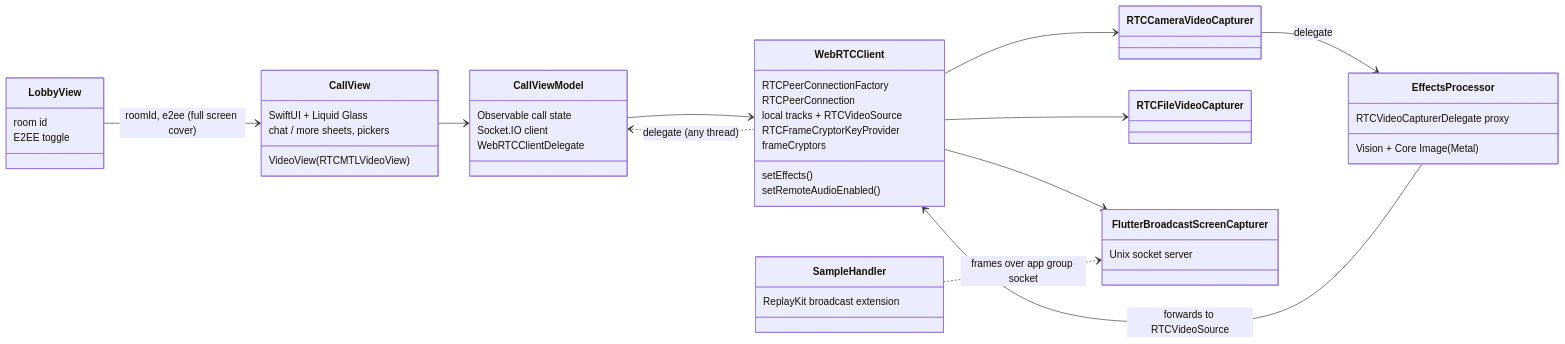
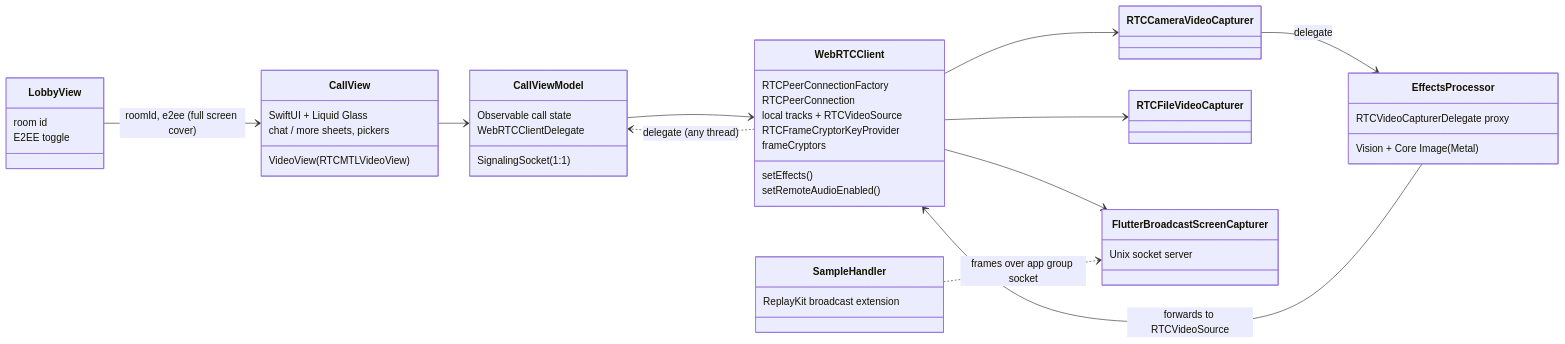
The ninth of 24 diagrams in ARCHITECTURE.md (maitrungduc1410/WebRTC-Demo), drawn with Mermaid before and after one commit. The commit also changed other lines of this file and 111 other files, not shown here.

````diff
--- a/ARCHITECTURE.md
+++ b/ARCHITECTURE.md
@@ -454,50 +472,50 @@
 ```mermaid
 classDiagram
     direction LR
     class LobbyView {
         room id
         E2EE toggle
     }
     class CallView {
         SwiftUI + Liquid Glass
         VideoView (RTCMTLVideoView)
         chat / more sheets, pickers
     }
     class CallViewModel {
         Observable call state
-        Socket.IO client
+        SignalingSocket (1:1)
         WebRTCClientDelegate
     }
     class WebRTCClient {
         RTCPeerConnectionFactory
         RTCPeerConnection
         local tracks + RTCVideoSource
         RTCFrameCryptorKeyProvider
         frameCryptors
         setEffects()
         setRemoteAudioEnabled()
     }
     class EffectsProcessor {
         RTCVideoCapturerDelegate proxy
         Vision + Core Image (Metal)
     }
     class RTCCameraVideoCapturer
     class RTCFileVideoCapturer
     class FlutterBroadcastScreenCapturer {
         Unix socket server
     }
     class SampleHandler {
         ReplayKit broadcast extension
     }
 
     LobbyView --> CallView : roomId, e2ee (full screen cover)
     CallView --> CallViewModel
     CallViewModel --> WebRTCClient
     WebRTCClient ..> CallViewModel : delegate (any thread)
     WebRTCClient --> RTCCameraVideoCapturer
     RTCCameraVideoCapturer --> EffectsProcessor : delegate
     EffectsProcessor --> WebRTCClient : forwards to RTCVideoSource
     WebRTCClient --> RTCFileVideoCapturer
     WebRTCClient --> FlutterBroadcastScreenCapturer
     SampleHandler ..> FlutterBroadcastScreenCapturer : frames over app group socket
 ```
````
